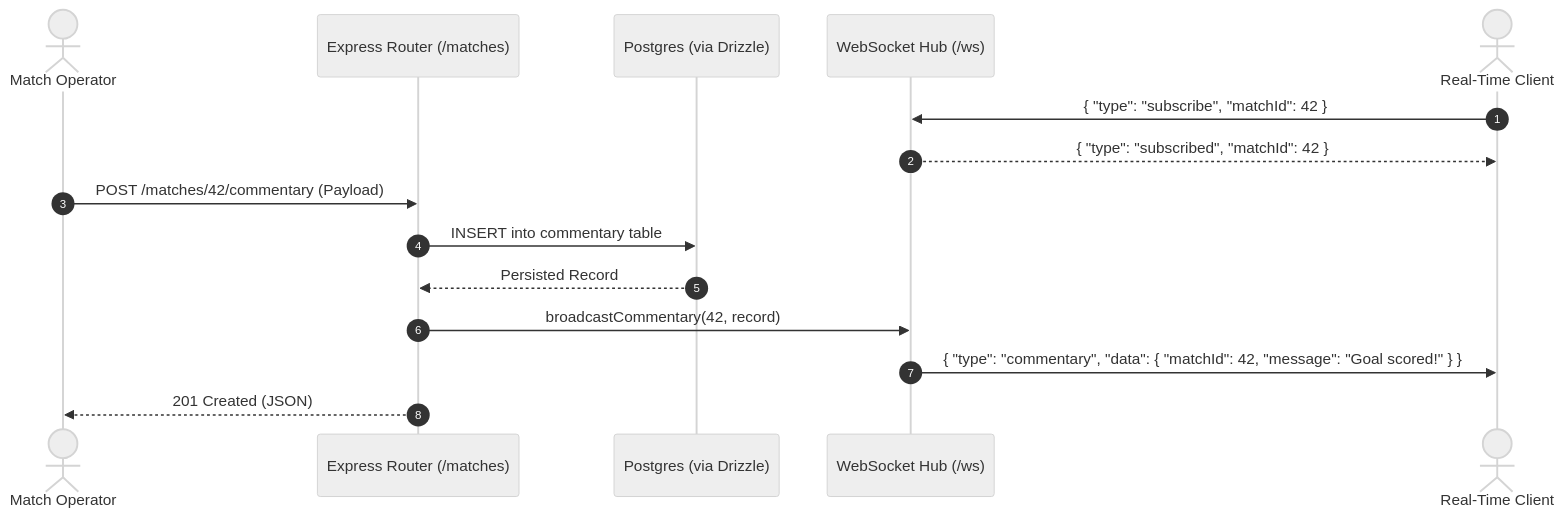
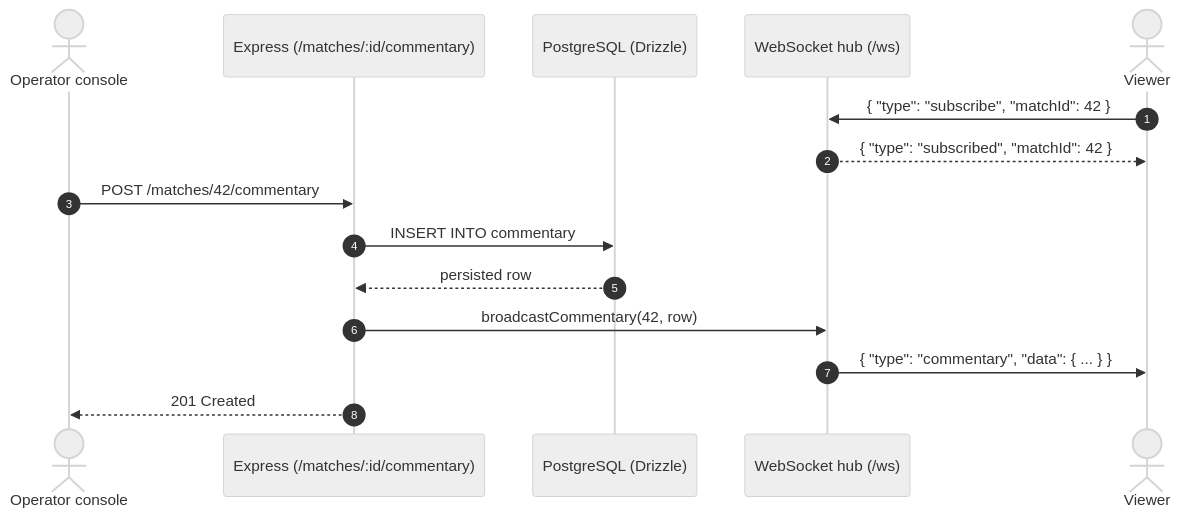
Before and after one commit to Navraj86/sportz-websockets: the second of 2 diagrams in README.md, drawn with Mermaid (neutral theme). The commit also changed other lines of this file, not shown here.

First line of the commit message:
docs: update README to match current codebase

````diff
--- a/README.md
+++ b/README.md
@@ -69,19 +76,19 @@
 ```mermaid
 sequenceDiagram
     autonumber
-    actor Admin as Match Operator
-    participant API as Express Router (/matches)
-    participant DB as Postgres (via Drizzle)
-    participant Hub as WebSocket Hub (/ws)
-    actor Fan as Real-Time Client
+    actor Operator as Operator console
+    participant API as Express (/matches/:id/commentary)
+    participant DB as PostgreSQL (Drizzle)
+    participant Hub as WebSocket hub (/ws)
+    actor Fan as Viewer
 
     Fan->>Hub: { "type": "subscribe", "matchId": 42 }
     Hub-->>Fan: { "type": "subscribed", "matchId": 42 }
 
-    Admin->>API: POST /matches/42/commentary (Payload)
-    API->>DB: INSERT into commentary table
-    DB-->>API: Persisted Record
-    API->>Hub: broadcastCommentary(42, record)
-    Hub->>Fan: { "type": "commentary", "data": { "matchId": 42, "message": "Goal scored!" } }
-    API-->>Admin: 201 Created (JSON)
+    Operator->>API: POST /matches/42/commentary
+    API->>DB: INSERT INTO commentary
+    DB-->>API: persisted row
+    API->>Hub: broadcastCommentary(42, row)
+    Hub->>Fan: { "type": "commentary", "data": { ... } }
+    API-->>Operator: 201 Created
 ```
````
